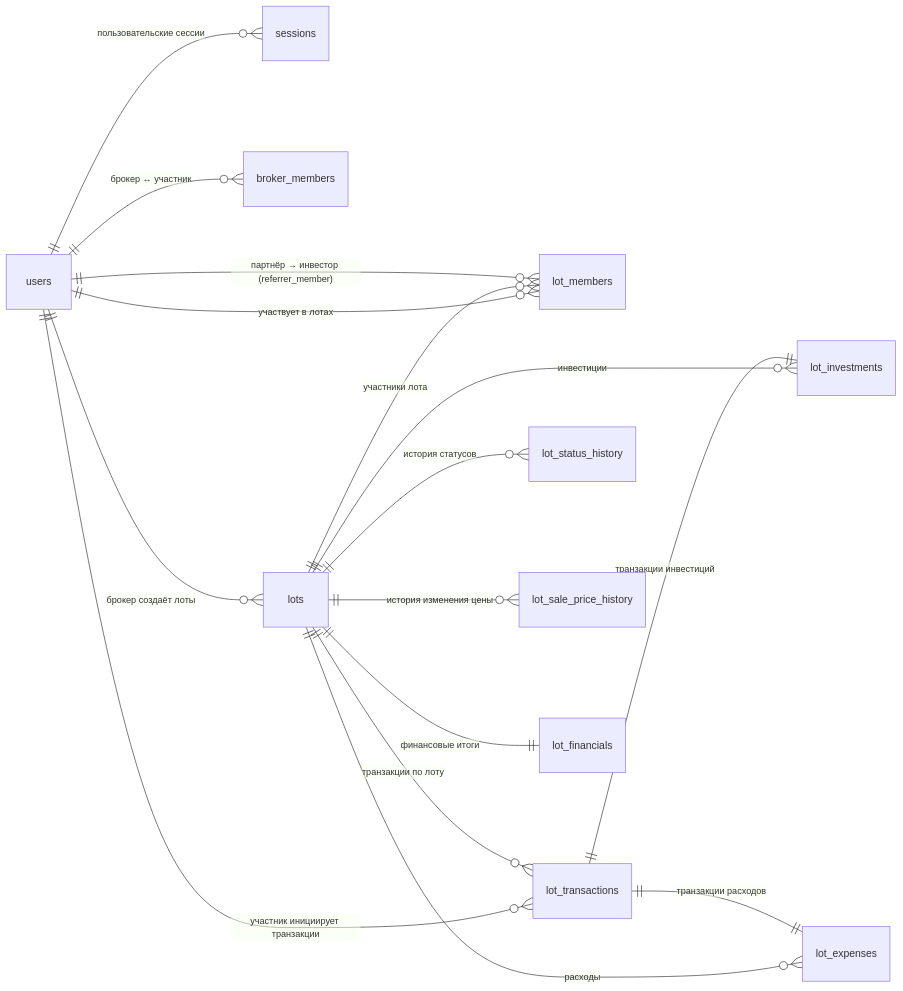
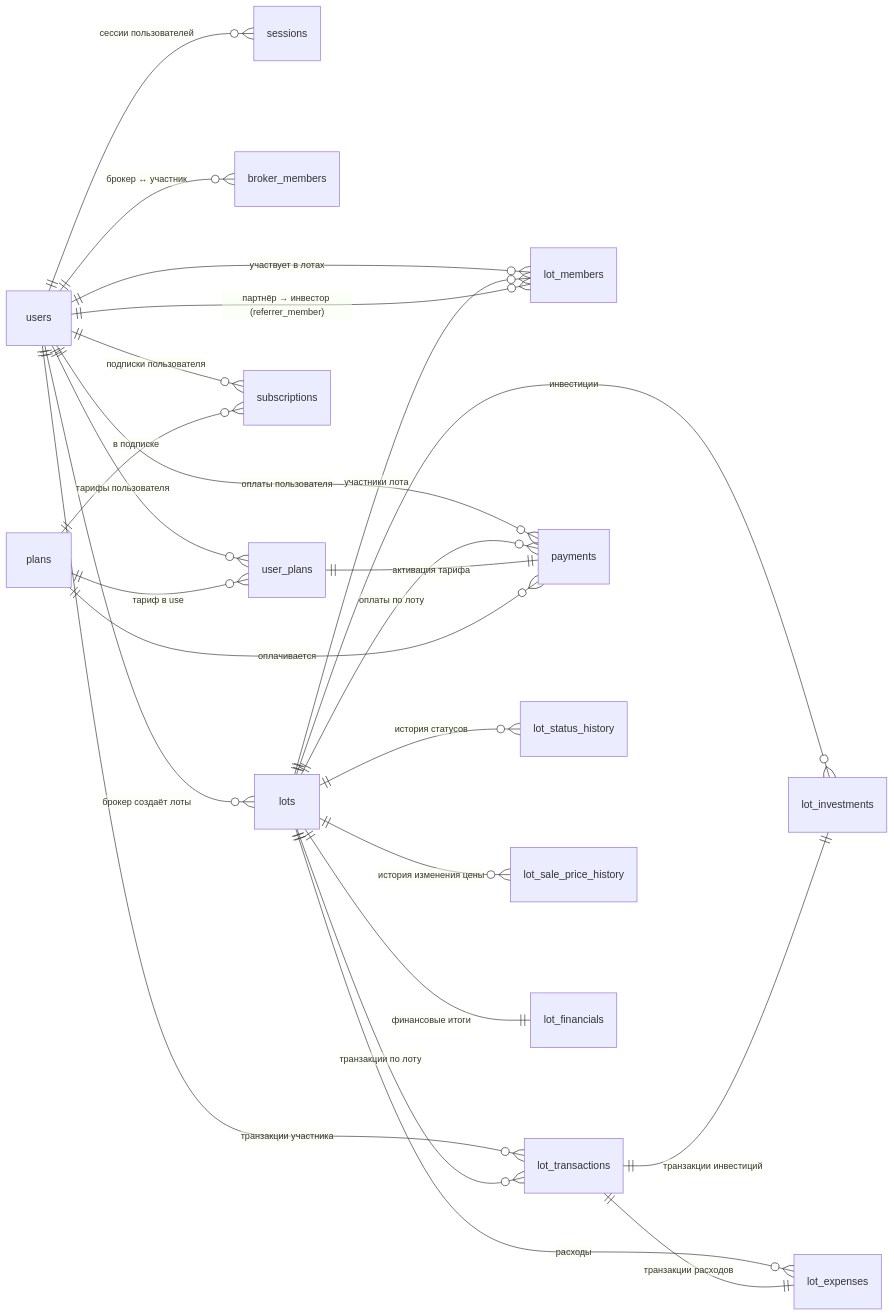
Before and after one commit to BrokerAssistantApp/documentation: the first of 16 diagrams in docs/docs/03-architecture/bd-schema.md, drawn with Mermaid. The commit also changed other lines of this file and 5 other files, not shown here.

````diff
--- a/docs/docs/03-architecture/bd-schema.md
+++ b/docs/docs/03-architecture/bd-schema.md
@@ -8,27 +10,35 @@
 ```mermaid
 erDiagram
     direction LR
 
-    %% --- Пользователи ---
-    users ||--o{ sessions : "пользовательские сессии"
+    %% --- Пользователи и сессии ---
+    users ||--o{ sessions : "сессии пользователей"
     users ||--o{ broker_members : "брокер ↔ участник"
     users ||--o{ lots : "брокер создаёт лоты"
     users ||--o{ lot_members : "участвует в лотах"
-    users ||--o{ lot_transactions : "участник инициирует транзакции"
+    users ||--o{ lot_transactions : "транзакции участника"
+    users ||--o{ user_plans : "тарифы пользователя"
+    users ||--o{ payments : "оплаты пользователя"
+    users ||--o{ subscriptions : "подписки пользователя"
 
     %% --- Участие / Рефералы ---
     lot_members }o--|| users : "партнёр → инвестор (referrer_member)"
 
-    %% --- Лоты ---
+    %% --- Лоты и связанные сущности ---
     lots ||--o{ lot_status_history : "история статусов"
     lots ||--o{ lot_sale_price_history : "история изменения цены"
     lots ||--o{ lot_members : "участники лота"
     lots ||--o{ lot_transactions : "транзакции по лоту"
     lots ||--o{ lot_investments : "инвестиции"
     lots ||--o{ lot_expenses : "расходы"
     lots ||--|| lot_financials : "финансовые итоги"
+    lots ||--o{ payments : "оплаты по лоту"
 
-    %% --- Транзакции и финансы ---
+    %% --- Финансовые связи ---
     lot_transactions ||--|| lot_investments : "транзакции инвестиций"
     lot_transactions ||--|| lot_expenses : "транзакции расходов"
+    user_plans ||--|| payments : "активация тарифа"
+    plans ||--o{ user_plans : "тариф в use"
+    plans ||--o{ payments : "оплачивается"
+    plans ||--o{ subscriptions : "в подписке"
 ```
````
